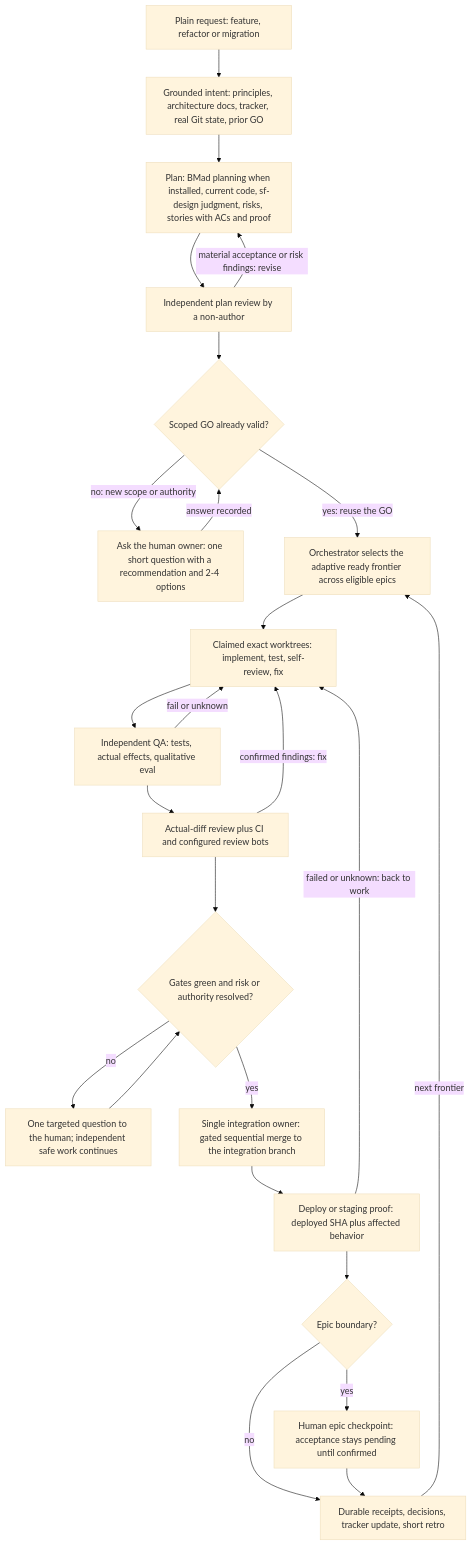
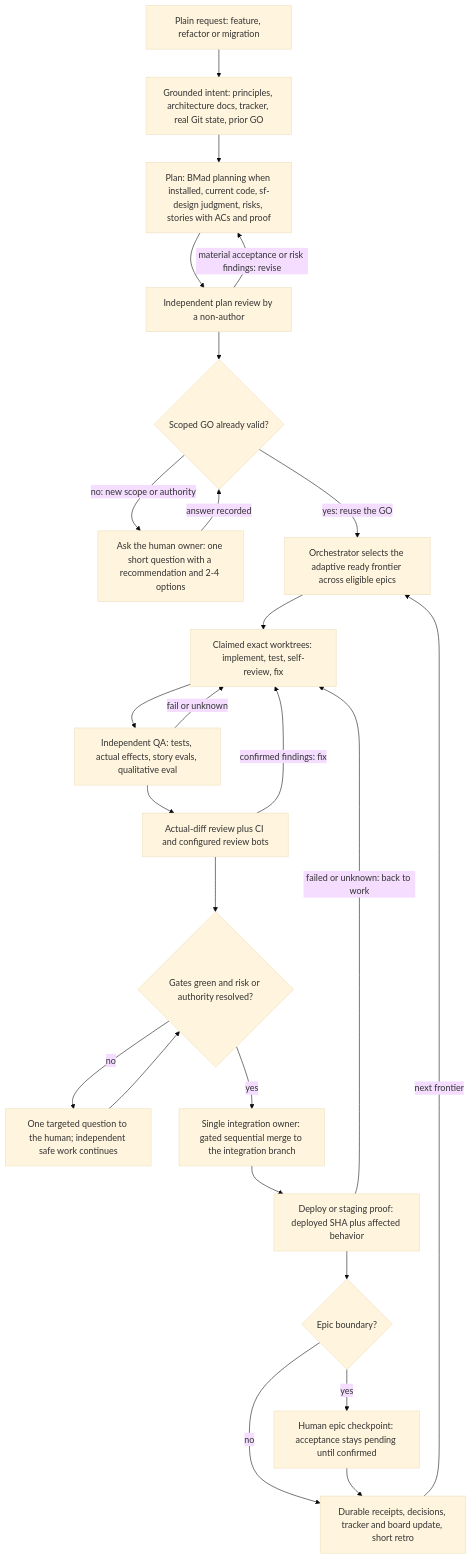
Before and after one commit to sbeeredd04/software-factory: the diagram in skills/software-factory/workflows/feature.md, drawn with Mermaid (base theme). The commit also changed other lines of this file and 14 other files, not shown here.

````diff
--- a/skills/software-factory/workflows/feature.md
+++ b/skills/software-factory/workflows/feature.md
@@ -7,27 +7,27 @@
 ```mermaid
 flowchart TD
   Q[Plain request: feature, refactor or migration] --> G[Grounded intent: principles, architecture docs, tracker, real Git state, prior GO]
   G --> P[Plan: BMad planning when installed, current code, sf-design judgment, risks, stories with ACs and proof]
   P --> R[Independent plan review by a non-author]
   R -->|material acceptance or risk findings: revise| P
   R --> A{Scoped GO already valid?}
   A -->|no: new scope or authority| H[Ask the human owner: one short question with a recommendation and 2-4 options]
   H -->|answer recorded| A
   A -->|yes: reuse the GO| O[Orchestrator selects the adaptive ready frontier across eligible epics]
   O --> W[Claimed exact worktrees: implement, test, self-review, fix]
-  W --> V[Independent QA: tests, actual effects, qualitative eval]
+  W --> V[Independent QA: tests, actual effects, story evals, qualitative eval]
   V -->|fail or unknown| W
   V --> D[Actual-diff review plus CI and configured review bots]
   D -->|confirmed findings: fix| W
   D --> T{Gates green and risk or authority resolved?}
   T -->|no| N[One targeted question to the human; independent safe work continues]
   N --> T
   T -->|yes| M[Single integration owner: gated sequential merge to the integration branch]
   M --> S[Deploy or staging proof: deployed SHA plus affected behavior]
   S -->|failed or unknown: back to work| W
   S --> C{Epic boundary?}
   C -->|yes| E[Human epic checkpoint: acceptance stays pending until confirmed]
-  C -->|no| K[Durable receipts, decisions, tracker update, short retro]
+  C -->|no| K[Durable receipts, decisions, tracker and board update, short retro]
   E --> K
   K -->|next frontier| O
 ```
````
